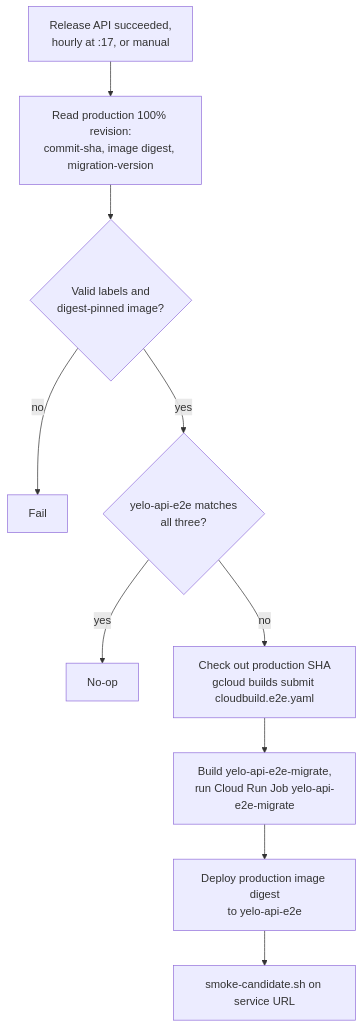
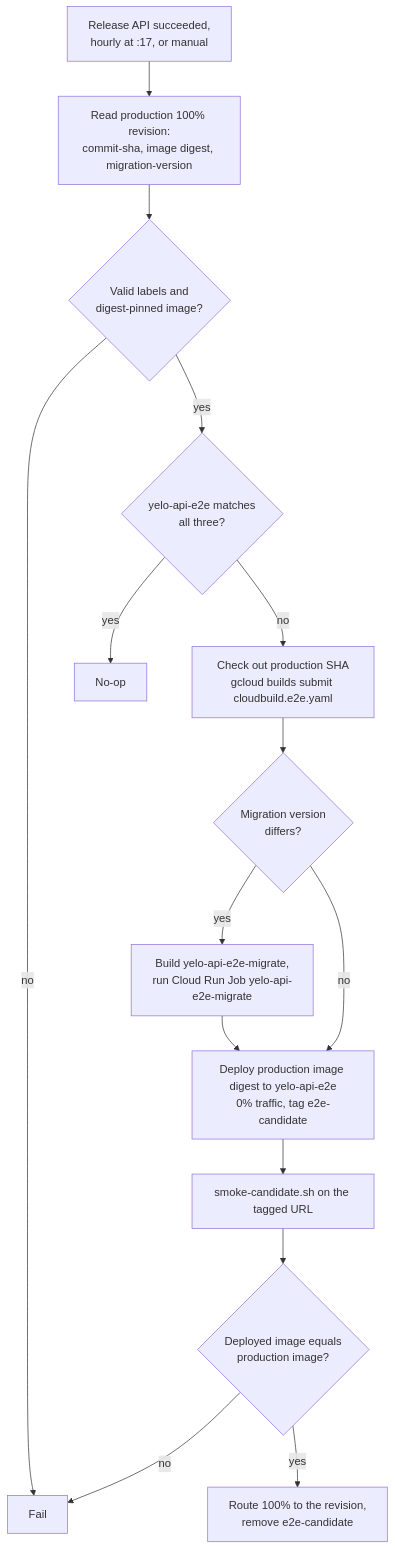
Before and after one commit to rideyelo/docs: the third of 7 diagrams in engineering/ci/release-pipelines.mdx, drawn with Mermaid. The commit also changed other lines of this file and 12 other files, not shown here.

````diff
--- a/engineering/ci/release-pipelines.mdx
+++ b/engineering/ci/release-pipelines.mdx
@@ -124,12 +228,17 @@
 ```mermaid
 flowchart TD
   T["Release API succeeded,<br/>hourly at :17, or manual"] --> R["Read production 100% revision:<br/>commit-sha, image digest, migration-version"]
   R --> V{"Valid labels and<br/>digest-pinned image?"}
   V -- "no" --> F["Fail"]
   V -- "yes" --> D{"yelo-api-e2e matches<br/>all three?"}
   D -- "yes" --> N["No-op"]
   D -- "no" --> S["Check out production SHA<br/>gcloud builds submit cloudbuild.e2e.yaml"]
-  S --> M["Build yelo-api-e2e-migrate,<br/>run Cloud Run Job yelo-api-e2e-migrate"]
-  M --> P["Deploy production image digest<br/>to yelo-api-e2e"]
-  P --> K["smoke-candidate.sh on service URL"]
+  S --> MR{"Migration version<br/>differs?"}
+  MR -- "yes" --> M["Build yelo-api-e2e-migrate,<br/>run Cloud Run Job yelo-api-e2e-migrate"]
+  MR -- "no" --> P
+  M --> P["Deploy production image digest to yelo-api-e2e<br/>0% traffic, tag e2e-candidate"]
+  P --> K["smoke-candidate.sh on the tagged URL"]
+  K --> I{"Deployed image equals<br/>production image?"}
+  I -- "no" --> F
+  I -- "yes" --> PR["Route 100% to the revision,<br/>remove e2e-candidate"]
 ```
````
